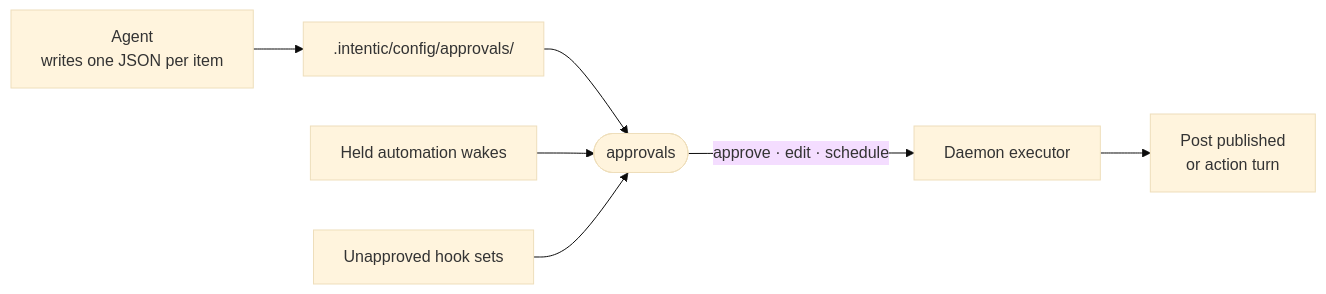
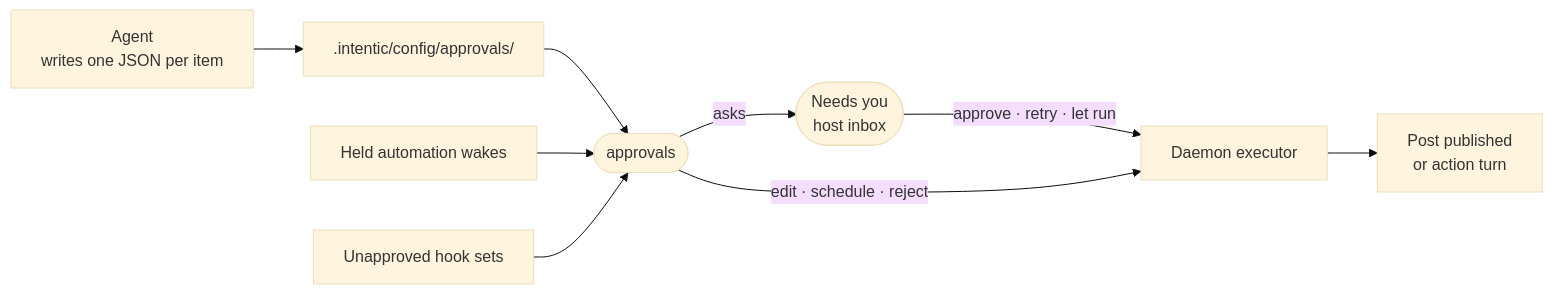
The diagram in _extensions/approvals/README.md (intentic/intentic), drawn with Mermaid (base theme) before and after one commit. The commit also changed other lines of this file and 49 other files, not shown here.

First line of the commit message:
feat(needs): draw ViewRegistration.asks in NeedsInbox via viewAsks

````diff
--- a/_extensions/approvals/README.md
+++ b/_extensions/approvals/README.md
@@ -5,9 +5,11 @@
 ```mermaid
 flowchart LR
     agent["Agent<br/>writes one JSON per item"] --> dir[".intentic/config/approvals/"]
     dir --> view(["approvals"])
     held["Held automation wakes"] --> view
     hooks["Unapproved hook sets"] --> view
-    view -->|"approve · edit · schedule"| daemon["Daemon executor"]
+    view -->|"asks"| inbox(["Needs you<br/>host inbox"])
+    inbox -->|"approve · retry · let run"| daemon["Daemon executor"]
+    view -->|"edit · schedule · reject"| daemon
     daemon --> out["Post published<br/>or action turn"]
 ```
````
